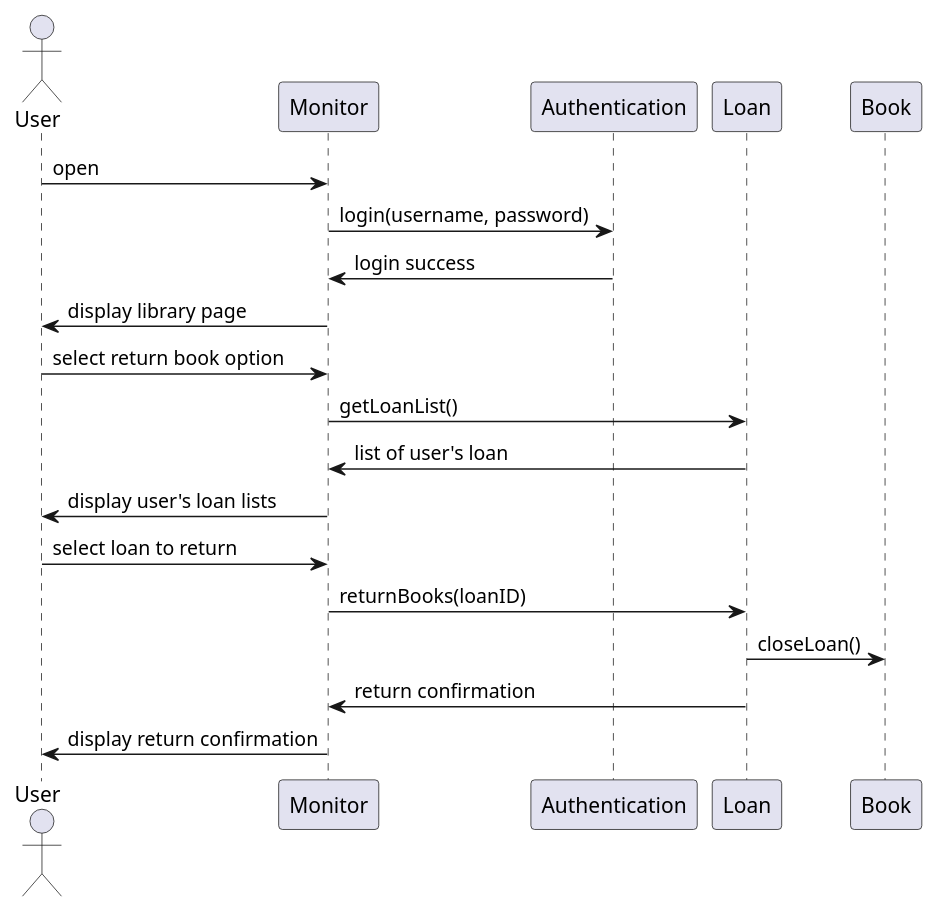
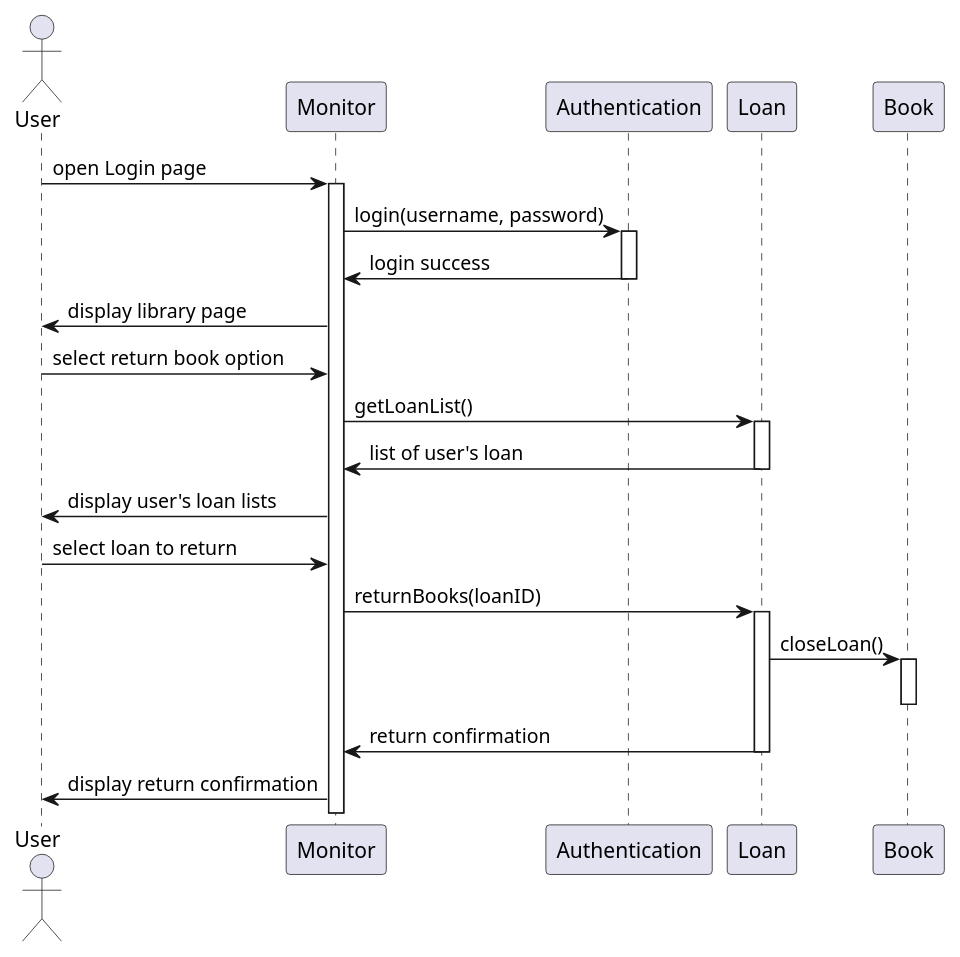
Before and after one commit to zuzu2307/Final_UML: the diagram in src/returnBook.puml, drawn with PlantUML. The commit also changed 13 other files, not shown here.

```diff
--- a/src/returnBook.puml
+++ b/src/returnBook.puml
@@ -1,23 +1,32 @@
 @startuml
 actor User
 participant Monitor
 participant Authentication
 participant Loan
 participant Book
 
-User -> Monitor: open
+User -> Monitor: open Login page
+activate Monitor
 Monitor -> Authentication: login(username, password)
+activate Authentication
 Authentication -> Monitor: login success
+deactivate Authentication
 Monitor -> User: display library page
 
 User -> Monitor: select return book option
 Monitor -> Loan: getLoanList()
+activate Loan
 Loan -> Monitor: list of user's loan
+deactivate Loan
 Monitor -> User: display user's loan lists
 
 User -> Monitor: select loan to return
 Monitor -> Loan: returnBooks(loanID)
+activate Loan
 Loan -> Book: closeLoan()
+activate Book
+deactivate Book
 Loan -> Monitor: return confirmation
+deactivate Loan
 Monitor -> User: display return confirmation
 @enduml
```
